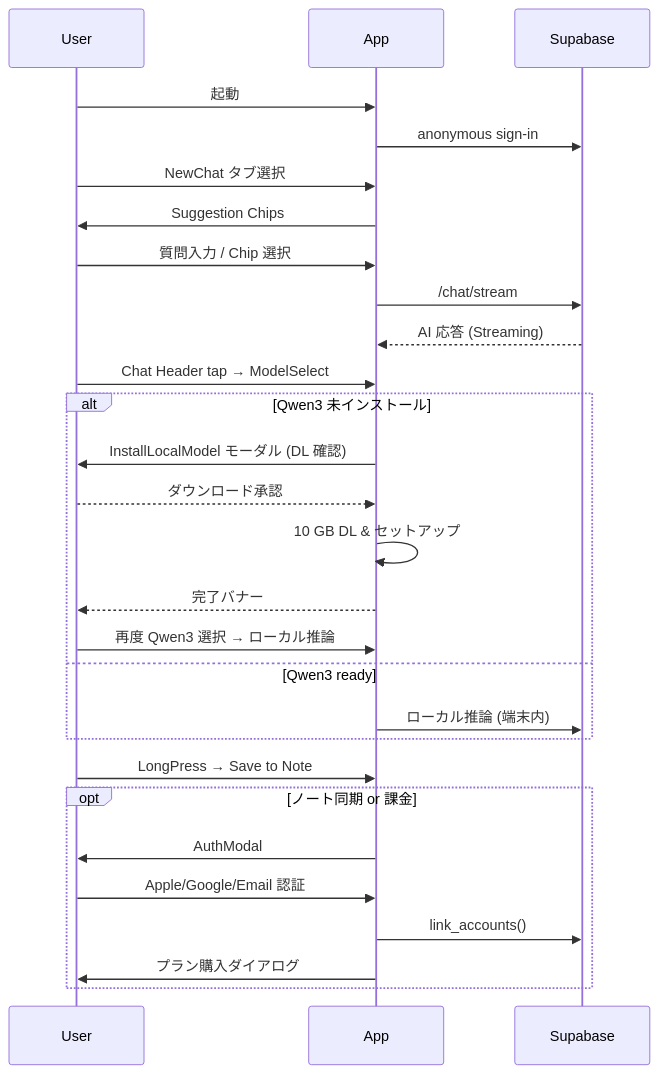
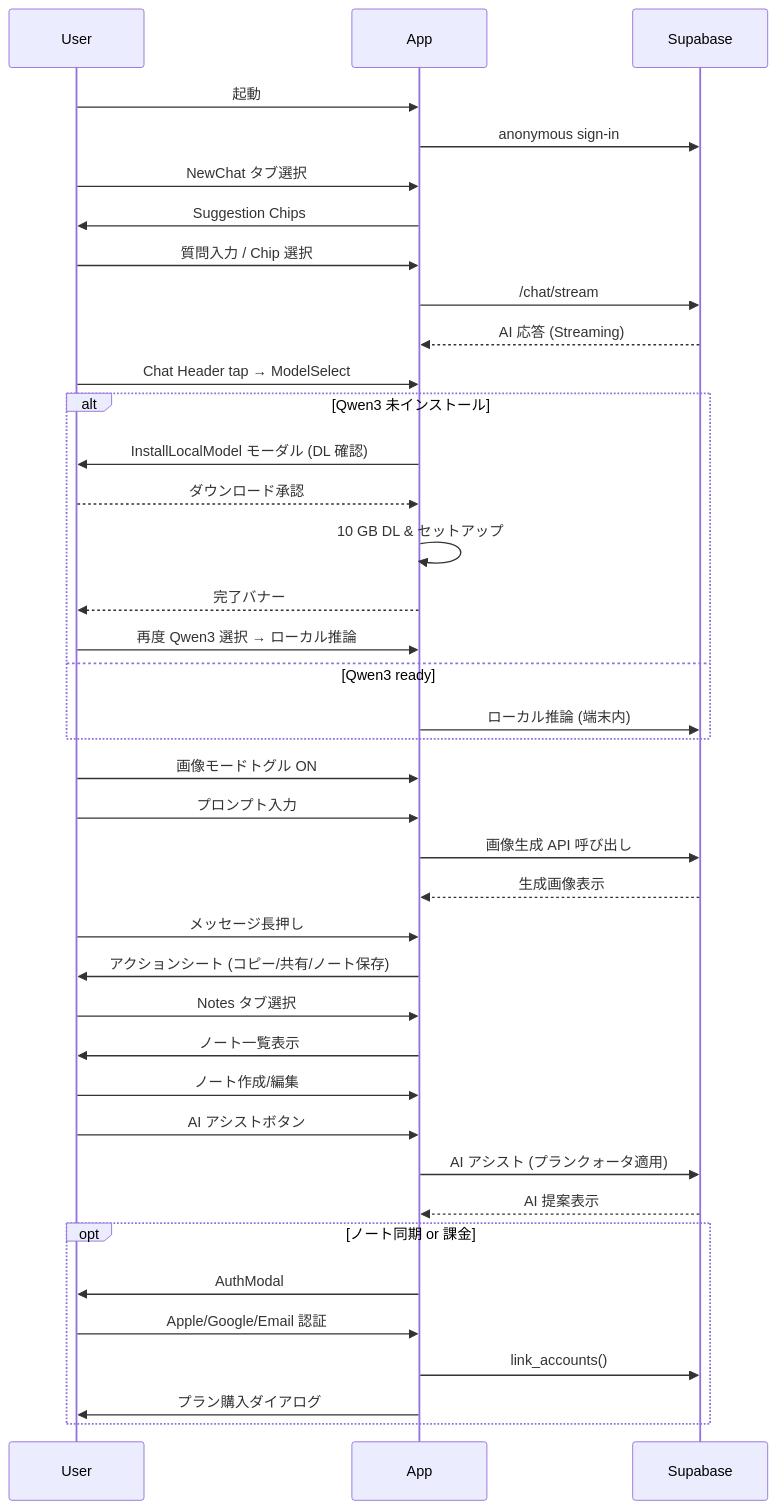
Before and after one commit to WebAppAI0410/AIChatBot: the diagram in requirements.md, drawn with Mermaid. The commit also changed other lines of this file and 3 other files, not shown here.

````diff
--- a/requirements.md
+++ b/requirements.md
@@ -24,38 +25,54 @@
 ```mermaid
 sequenceDiagram
   participant U as User
   participant A as App
   participant S as Supabase
 
   U->>A: 起動
   A->>S: anonymous sign-in
 
   %% チャットフロー
   U->>A: NewChat タブ選択
   A->>U: Suggestion Chips
   U->>A: 質問入力 / Chip 選択
   A->>S: /chat/stream
   S-->>A: AI 応答 (Streaming)
 
   %% モデル切替
   U->>A: Chat Header tap → ModelSelect
 
   alt Qwen3 未インストール
     A->>U: InstallLocalModel モーダル (DL 確認)
     U-->>A: ダウンロード承認
     A->>A: 10 GB DL & セットアップ
     A-->>U: 完了バナー
     U->>A: 再度 Qwen3 選択 → ローカル推論
   else Qwen3 ready
     A->>S: ローカル推論 (端末内)
   end
 
-  U->>A: LongPress → Save to Note
+  %% 画像生成フロー
+  U->>A: 画像モードトグル ON
+  U->>A: プロンプト入力
+  A->>S: 画像生成 API 呼び出し
+  S-->>A: 生成画像表示
+
+  %% メッセージアクション
+  U->>A: メッセージ長押し
+  A->>U: アクションシート (コピー/共有/ノート保存)
+
+  %% ノート機能
+  U->>A: Notes タブ選択
+  A->>U: ノート一覧表示
+  U->>A: ノート作成/編集
+  U->>A: AI アシストボタン
+  A->>S: AI アシスト (プランクォータ適用)
+  S-->>A: AI 提案表示
 
   opt ノート同期 or 課金
     A->>U: AuthModal
     U->>A: Apple/Google/Email 認証
     A->>S: link_accounts()
     A->>U: プラン購入ダイアログ
   end
 ```
````
